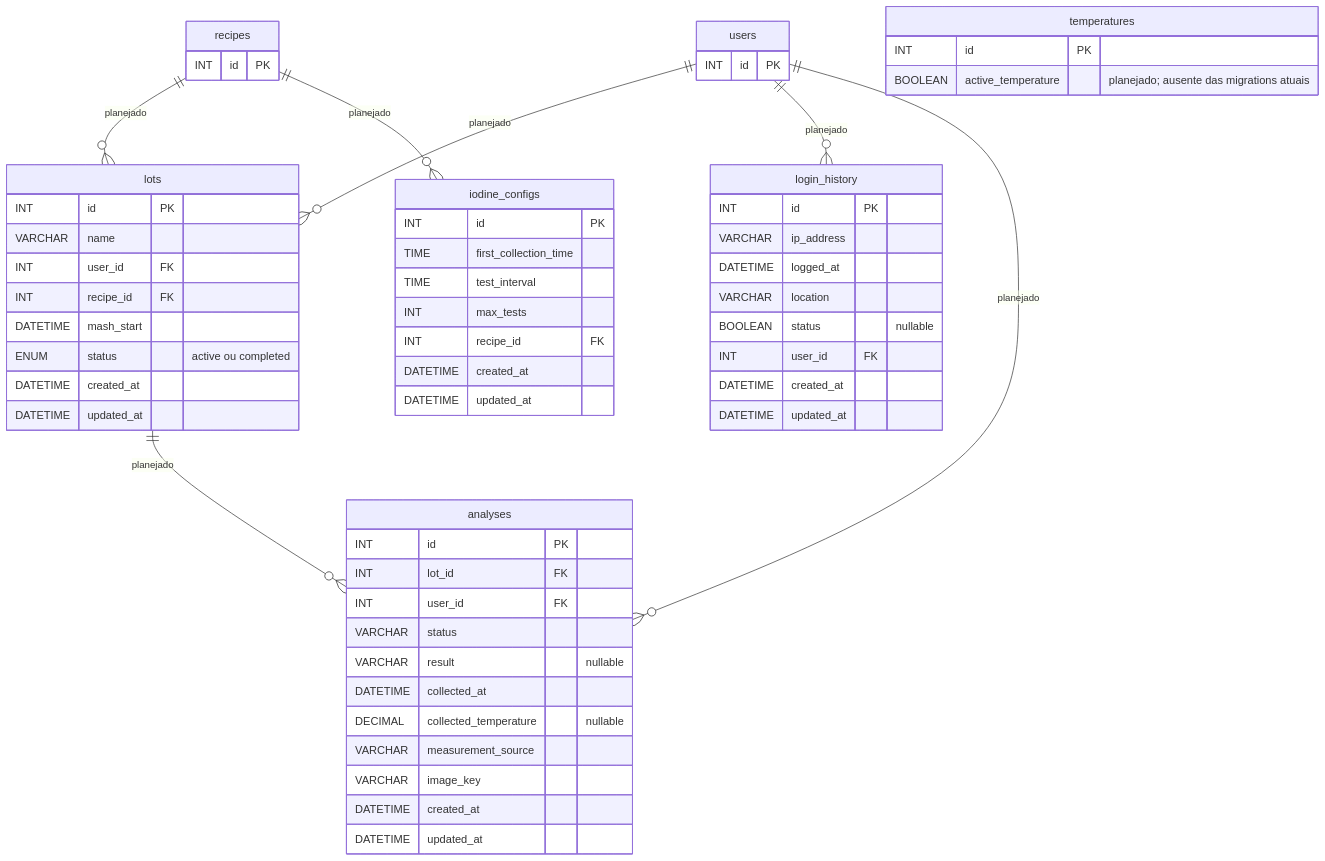
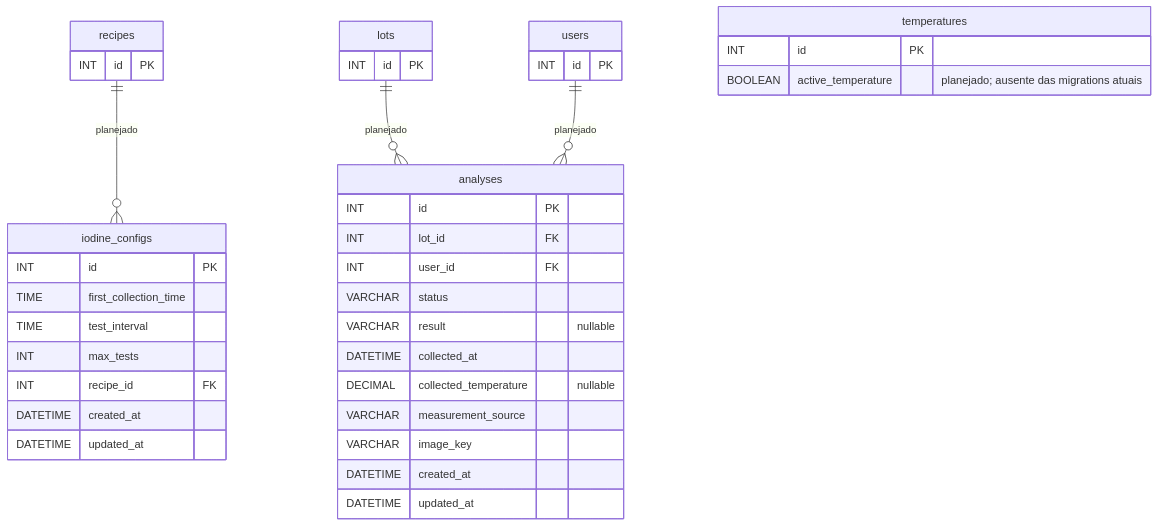
The diagram in database/diagrama_mer_planejado.mmd (conloq/documentation), drawn with Mermaid before and after one commit. The commit also changed 7 other files, not shown here.

Commit message:
docs: sincronizar o espelho do banco e corrigir tabelas, rotas e sessão desatualizadas (conloq/mash#102)

```diff
--- a/database/diagrama_mer_planejado.mmd
+++ b/database/diagrama_mer_planejado.mmd
@@ -1,62 +1,42 @@
 %% Estruturas planejadas; não criadas pelas migrations atuais da main do Back-End.
-%% users, recipes e temperatures aparecem como referências às tabelas do MER implementado.
+%% users, recipes, temperatures e lots aparecem como referências às tabelas do MER implementado.
 erDiagram
-    users ||--o{ lots : planejado
-    recipes ||--o{ lots : planejado
     recipes ||--o{ iodine_configs : planejado
-    users ||--o{ login_history : planejado
     lots ||--o{ analyses : planejado
     users ||--o{ analyses : planejado
 
     users {
         INT id PK
     }
     recipes {
         INT id PK
     }
     temperatures {
         INT id PK
         BOOLEAN active_temperature "planejado; ausente das migrations atuais"
     }
     lots {
         INT id PK
-        VARCHAR name
-        INT user_id FK
-        INT recipe_id FK
-        DATETIME mash_start
-        ENUM status "active ou completed"
-        DATETIME created_at
-        DATETIME updated_at
     }
     analyses {
         INT id PK
         INT lot_id FK
         INT user_id FK
         VARCHAR status
         VARCHAR result "nullable"
         DATETIME collected_at
         DECIMAL collected_temperature "nullable"
         VARCHAR measurement_source
         VARCHAR image_key
         DATETIME created_at
         DATETIME updated_at
     }
     iodine_configs {
         INT id PK
         TIME first_collection_time
         TIME test_interval
         INT max_tests
         INT recipe_id FK
         DATETIME created_at
         DATETIME updated_at
     }
-    login_history {
-        INT id PK
-        VARCHAR ip_address
-        DATETIME logged_at
-        VARCHAR location
-        BOOLEAN status "nullable"
-        INT user_id FK
-        DATETIME created_at
-        DATETIME updated_at
-    }
```
